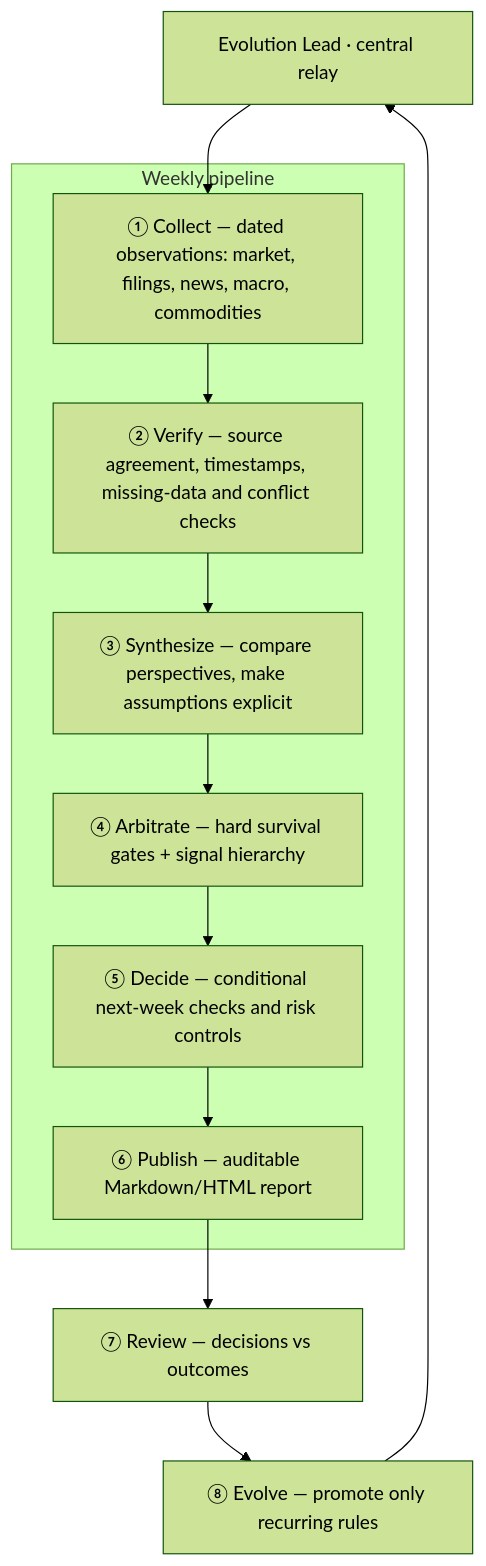
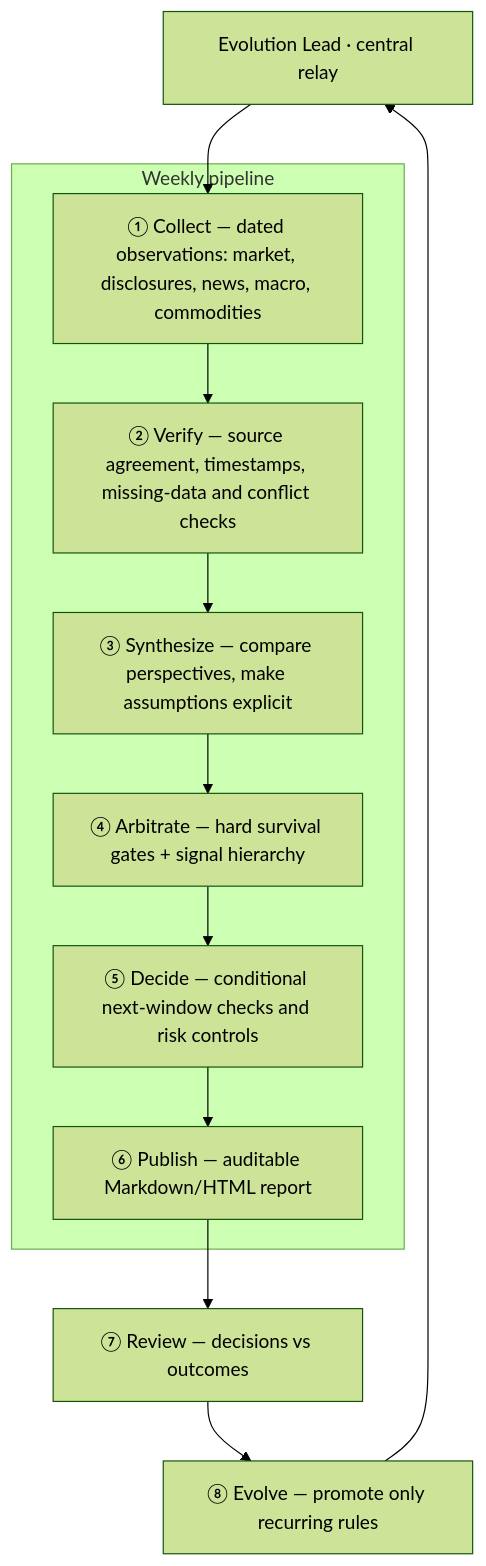
The first of 3 diagrams in README.md (marqosjiang-gif/antifragile-decision-loop), drawn with Mermaid (forest theme) before and after one commit. The commit also changed other lines of this file and 37 other files, not shown here.

````diff
--- a/README.md
+++ b/README.md
@@ -52,12 +52,12 @@
 ```mermaid
 flowchart TD
     L["Evolution Lead · central relay"] --> S1
     subgraph WEEKLY["Weekly pipeline"]
-        S1["① Collect — dated observations: market, filings, news, macro, commodities"] --> S2["② Verify — source agreement, timestamps, missing-data and conflict checks"]
+        S1["① Collect — dated observations: market, disclosures, news, macro, commodities"] --> S2["② Verify — source agreement, timestamps, missing-data and conflict checks"]
         S2 --> S3["③ Synthesize — compare perspectives, make assumptions explicit"]
         S3 --> S4["④ Arbitrate — hard survival gates + signal hierarchy"]
-        S4 --> S5["⑤ Decide — conditional next-week checks and risk controls"]
+        S4 --> S5["⑤ Decide — conditional next-window checks and risk controls"]
         S5 --> S6["⑥ Publish — auditable Markdown/HTML report"]
     end
     S6 --> R["⑦ Review — decisions vs outcomes"] --> E["⑧ Evolve — promote only recurring rules"] --> L
 ```
````
